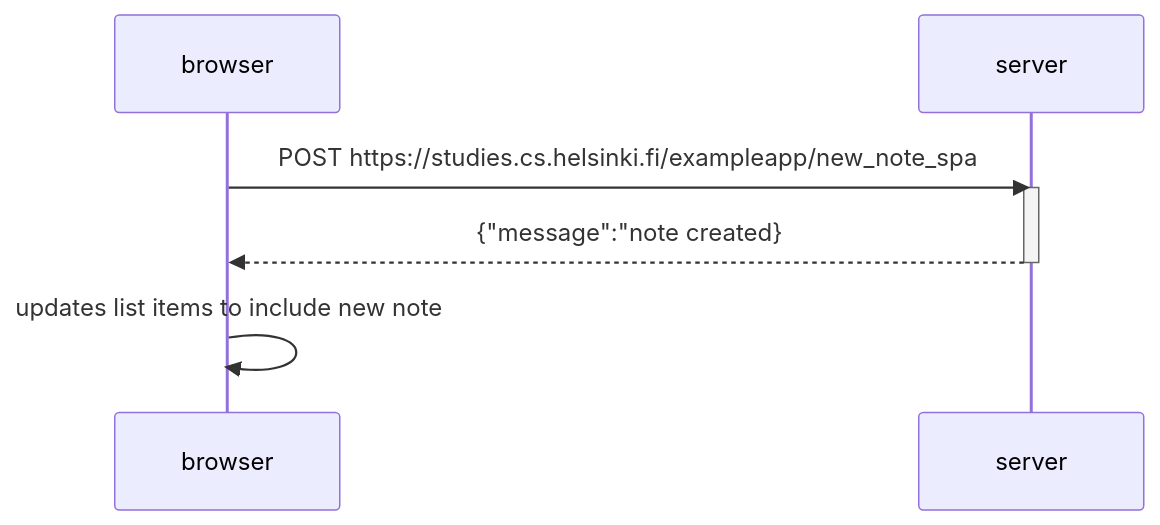
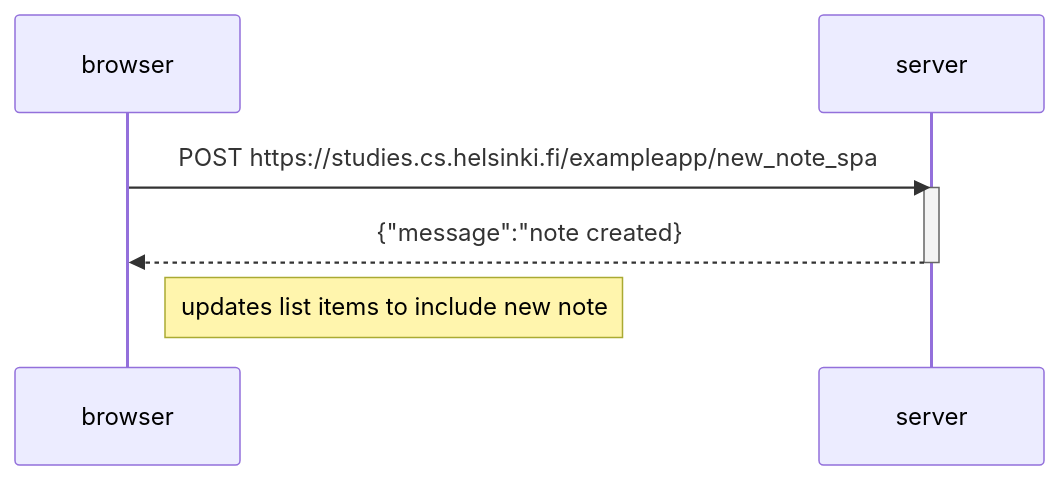
Before and after one commit to vd41702/fullstackopencourse: the diagram in part0/exercise0-6.md, drawn with Mermaid.

Commit message:
change last arrow to note

````diff
--- a/part0/exercise0-6.md
+++ b/part0/exercise0-6.md
@@ -1,12 +1,12 @@
 ```mermaid
     sequenceDiagram
         participant browser
         participant server
 
         browser->>server: POST https://studies.cs.helsinki.fi/exampleapp/new_note_spa
         activate server
         server-->>browser: {"message":"note created}
         deactivate server
 
-        browser->>browser: updates list items to include new note
+        Note right of browser: updates list items to include new note
 ```
````
